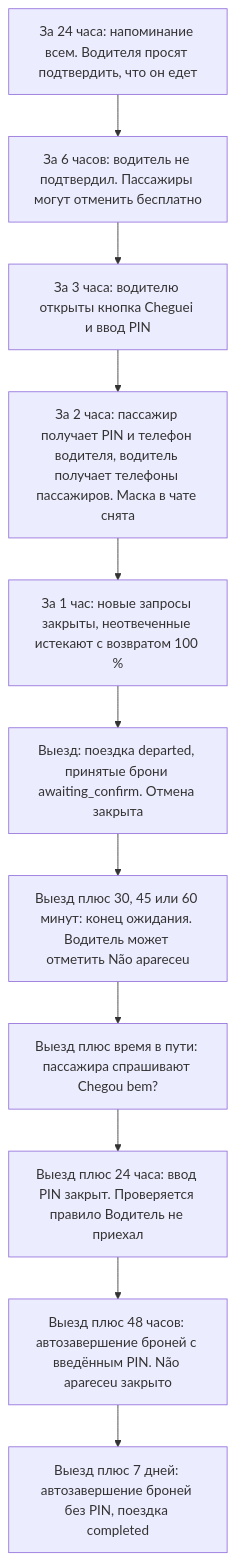
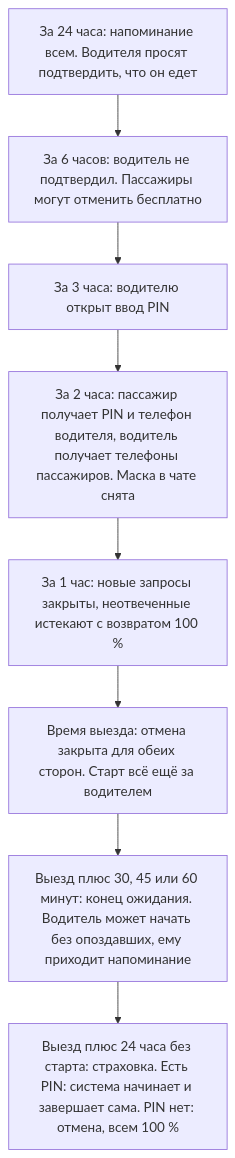
One commit to wiopriph/boleia-db changed the eighth of 18 diagrams in docs/flows.md. Above: the diagram before and after it, drawn with Mermaid. The commit also changed other lines of this file and 18 other files, not shown here.

First line of the commit message:
Trip flow like a taxi: the driver starts and finishes, the passenger rates or disputes (0025)

````diff
--- a/docs/flows.md
+++ b/docs/flows.md
@@ -228,15 +228,12 @@
 ```mermaid
 flowchart TD
   t24["За 24 часа: напоминание всем. Водителя просят подтвердить, что он едет"]
   t6["За 6 часов: водитель не подтвердил. Пассажиры могут отменить бесплатно"]
-  t3["За 3 часа: водителю открыты кнопка Cheguei и ввод PIN"]
+  t3["За 3 часа: водителю открыт ввод PIN"]
   t2["За 2 часа: пассажир получает PIN и телефон водителя, водитель получает телефоны пассажиров. Маска в чате снята"]
   t1["За 1 час: новые запросы закрыты, неотвеченные истекают с возвратом 100 %"]
-  t0["Выезд: поездка departed, принятые брони awaiting_confirm. Отмена закрыта"]
-  tw["Выезд плюс 30, 45 или 60 минут: конец ожидания. Водитель может отметить Não apareceu"]
-  ta["Выезд плюс время в пути: пассажира спрашивают Chegou bem?"]
-  t24h["Выезд плюс 24 часа: ввод PIN закрыт. Проверяется правило Водитель не приехал"]
-  t48["Выезд плюс 48 часов: автозавершение броней с введённым PIN. Não apareceu закрыто"]
-  t7d["Выезд плюс 7 дней: автозавершение броней без PIN, поездка completed"]
-  t24 --> t6 --> t3 --> t2 --> t1 --> t0 --> tw --> ta --> t24h --> t48 --> t7d
+  t0["Время выезда: отмена закрыта для обеих сторон. Старт всё ещё за водителем"]
+  tw["Выезд плюс 30, 45 или 60 минут: конец ожидания. Водитель может начать без опоздавших, ему приходит напоминание"]
+  t24h["Выезд плюс 24 часа без старта: страховка. Есть PIN: система начинает и завершает сама. PIN нет: отмена, всем 100 %"]
+  t24 --> t6 --> t3 --> t2 --> t1 --> t0 --> tw --> t24h
 ```
````
